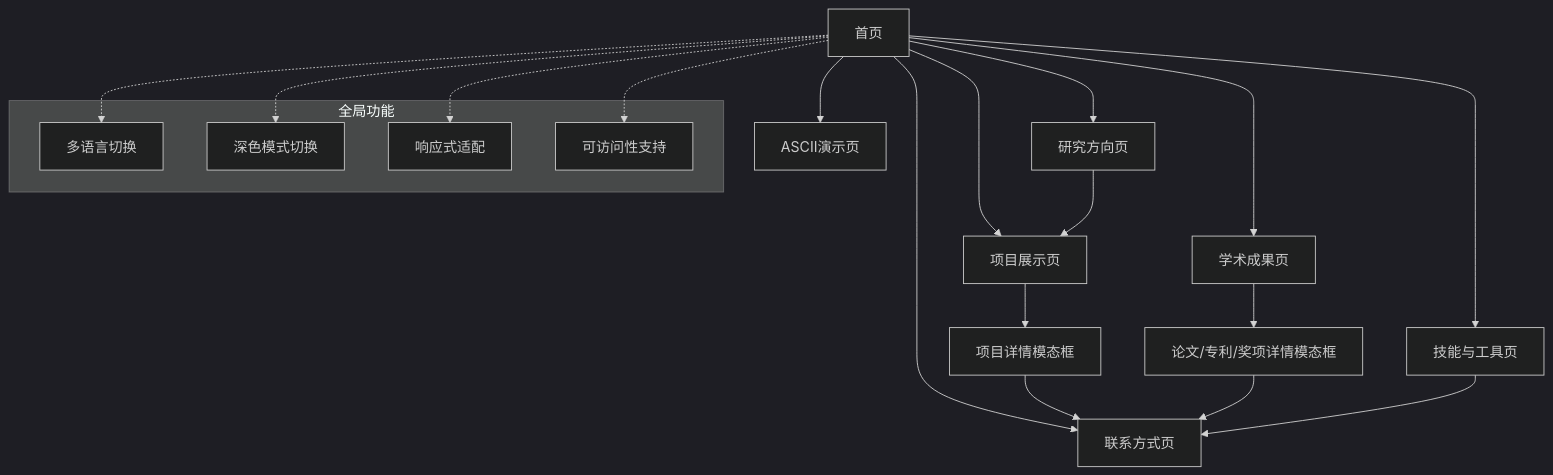
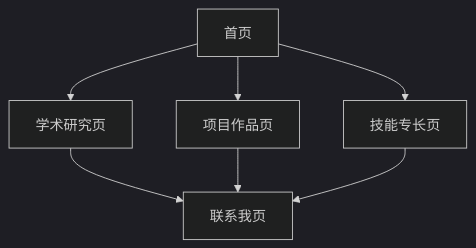
The diagram in .trae/documents/昭阳个人网站产品需求文档.md (Pitohuie-AIversion/Zhaoyang_Master_personal_website_rebulid), drawn with Mermaid (dark theme) before and after one commit. The commit also changed other lines of this file and 10 other files, not shown here.

````diff
--- a/.trae/documents/昭阳个人网站产品需求文档.md
+++ b/.trae/documents/昭阳个人网站产品需求文档.md
@@ -61,29 +52,9 @@
 ```mermaid
 graph TD
-    A[首页] --> B[研究方向页]
-    A --> C[项目展示页]
-    A --> D[学术成果页]
-    A --> E[技能与工具页]
-    A --> F[联系方式页]
-    A --> G[ASCII演示页]
-    
-    B --> C
-    C --> H[项目详情模态框]
-    D --> I[论文/专利/奖项详情模态框]
-    
-    H --> F
-    I --> F
-    E --> F
-    
-    subgraph "全局功能"
-        J[多语言切换]
-        K[深色模式切换]
-        L[响应式适配]
-        M[可访问性支持]
-    end
-    
-    A -.-> J
-    A -.-> K
-    A -.-> L
-    A -.-> M
+  A[首页] --> B[学术研究页]
+  A --> C[项目作品页]
+  A --> D[技能专长页]
+  B --> E[联系我页]
+  C --> E
+  D --> E
 ```
````
